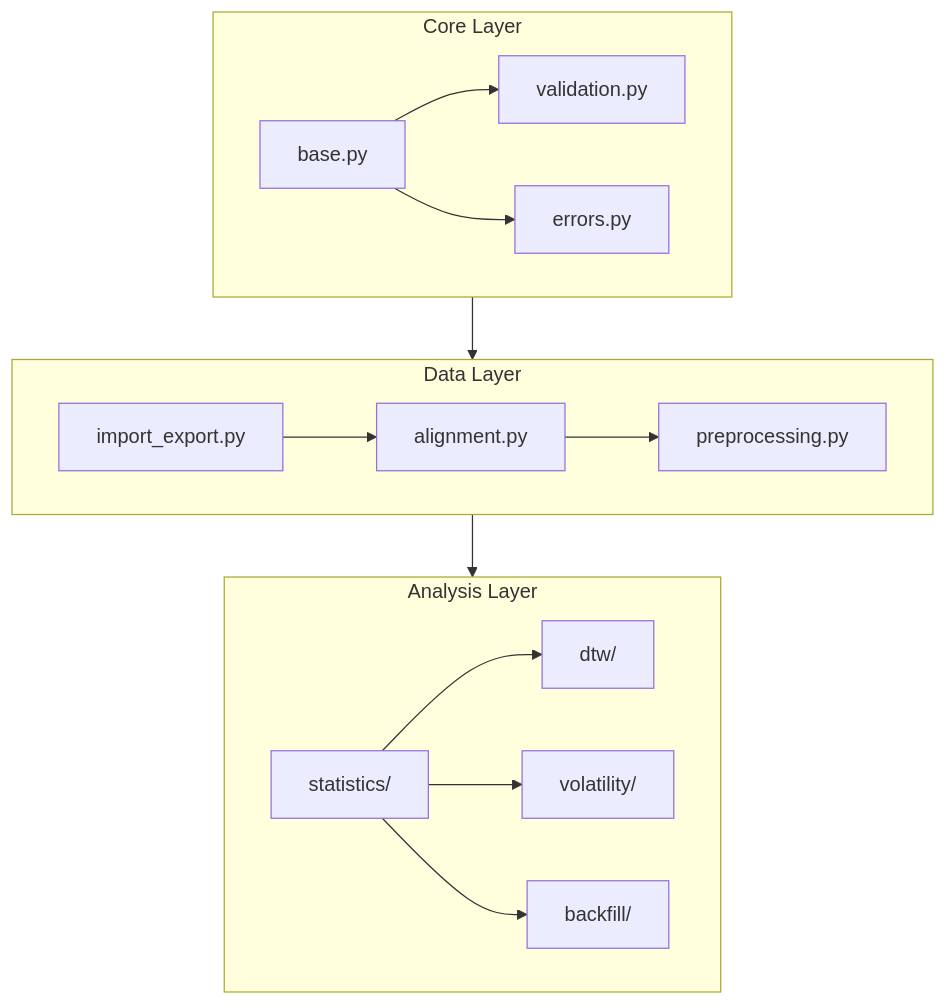
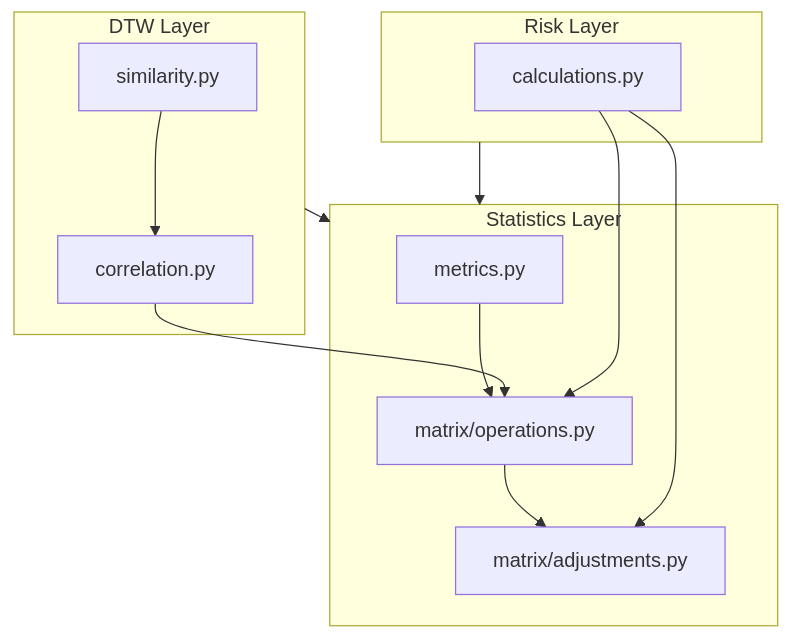
The second of 2 diagrams in docs/current/implementation/overview.md (peter4944/fts), drawn with Mermaid before and after one commit. The commit also changed other lines of this file and 41 other files, not shown here.

````diff
--- a/docs/current/implementation/overview.md
+++ b/docs/current/implementation/overview.md
@@ -446,21 +494,20 @@
 ```mermaid
 graph TD
-    subgraph Core ["Core Layer"]
-        Base[base.py] --> Validation[validation.py]
-        Base --> Errors[errors.py]
+    subgraph Statistics ["Statistics Layer"]
+        Metrics[metrics.py] --> MatrixOps[matrix/operations.py]
+        MatrixOps --> MatrixAdj[matrix/adjustments.py]
     end
 
-    subgraph Data ["Data Layer"]
-        Import[import_export.py] --> Alignment[alignment.py]
-        Alignment --> Preprocessing[preprocessing.py]
+    subgraph DTW ["DTW Layer"]
+        DTWSim[similarity.py] --> DTWCorr[correlation.py]
+        DTWCorr --> MatrixOps
     end
 
-    subgraph Analysis ["Analysis Layer"]
-        Statistics[statistics/] --> DTW[dtw/]
-        Statistics --> Volatility[volatility/]
-        Statistics --> Backfill[backfill/]
+    subgraph Risk ["Risk Layer"]
+        RiskCalc[calculations.py] --> MatrixOps
+        RiskCalc --> MatrixAdj
     end
 
-    Core --> Data
-    Data --> Analysis
+    DTW --> Statistics
+    Risk --> Statistics
 ```
````
